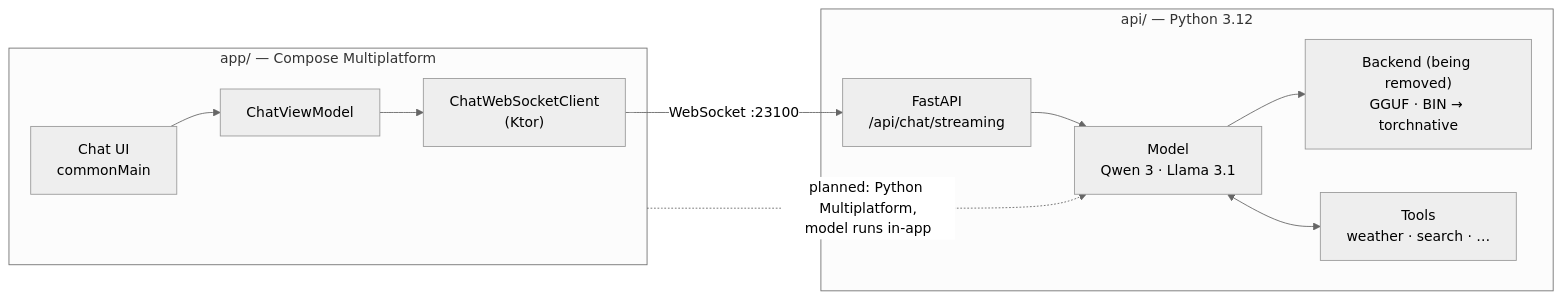
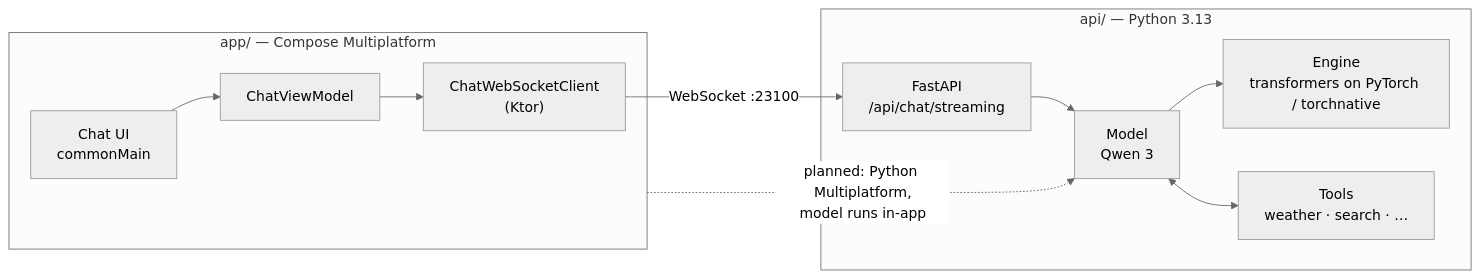
One commit to LogitAI/Gemstone changed the diagram in README.md. Above: the diagram before and after it, drawn with Mermaid (neutral theme). The commit also changed other lines of this file and 31 other files, not shown here.

First line of the commit message:
Feat: Replace the inference backends with one transformers engine

````diff
--- a/README.md
+++ b/README.md
@@ -108,13 +101,13 @@
 ```mermaid
 flowchart LR
     subgraph Client["app/ — Compose Multiplatform"]
         UI["Chat UI<br/>commonMain"] --> VM["ChatViewModel"] --> WS["ChatWebSocketClient<br/>(Ktor)"]
     end
-    subgraph Server["api/ — Python 3.12"]
-        EP["FastAPI<br/>/api/chat/streaming"] --> M["Model<br/>Qwen 3 · Llama 3.1"]
-        M --> B["Backend (being removed)<br/>GGUF · BIN → torchnative"]
+    subgraph Server["api/ — Python 3.13"]
+        EP["FastAPI<br/>/api/chat/streaming"] --> M["Model<br/>Qwen 3"]
+        M --> B["Engine<br/>transformers on PyTorch / torchnative"]
         M <--> T["Tools<br/>weather · search · …"]
     end
     WS -- "WebSocket :23100" --> EP
     Client -. "planned: Python Multiplatform,<br/>model runs in-app" .-> M
 ```
````
